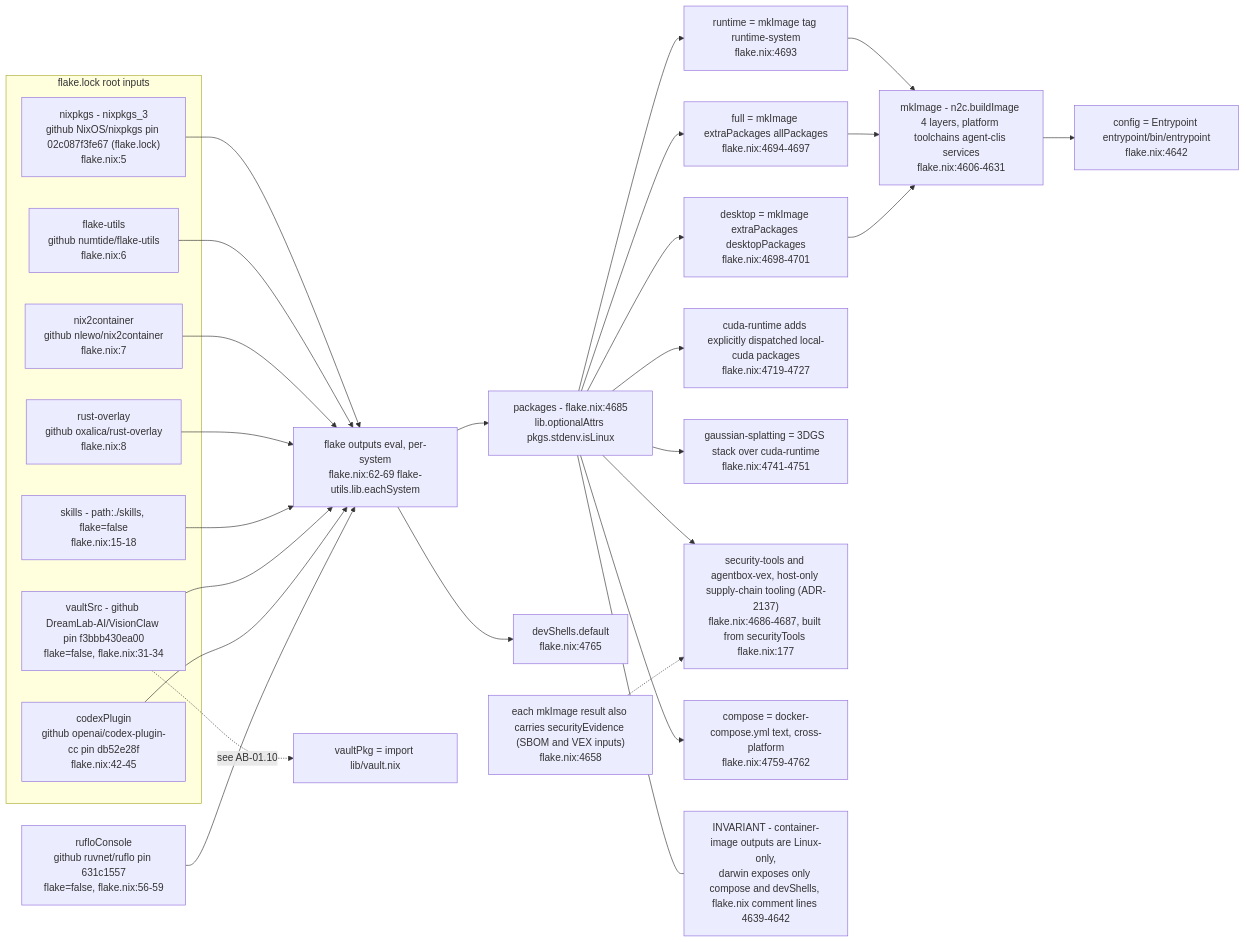
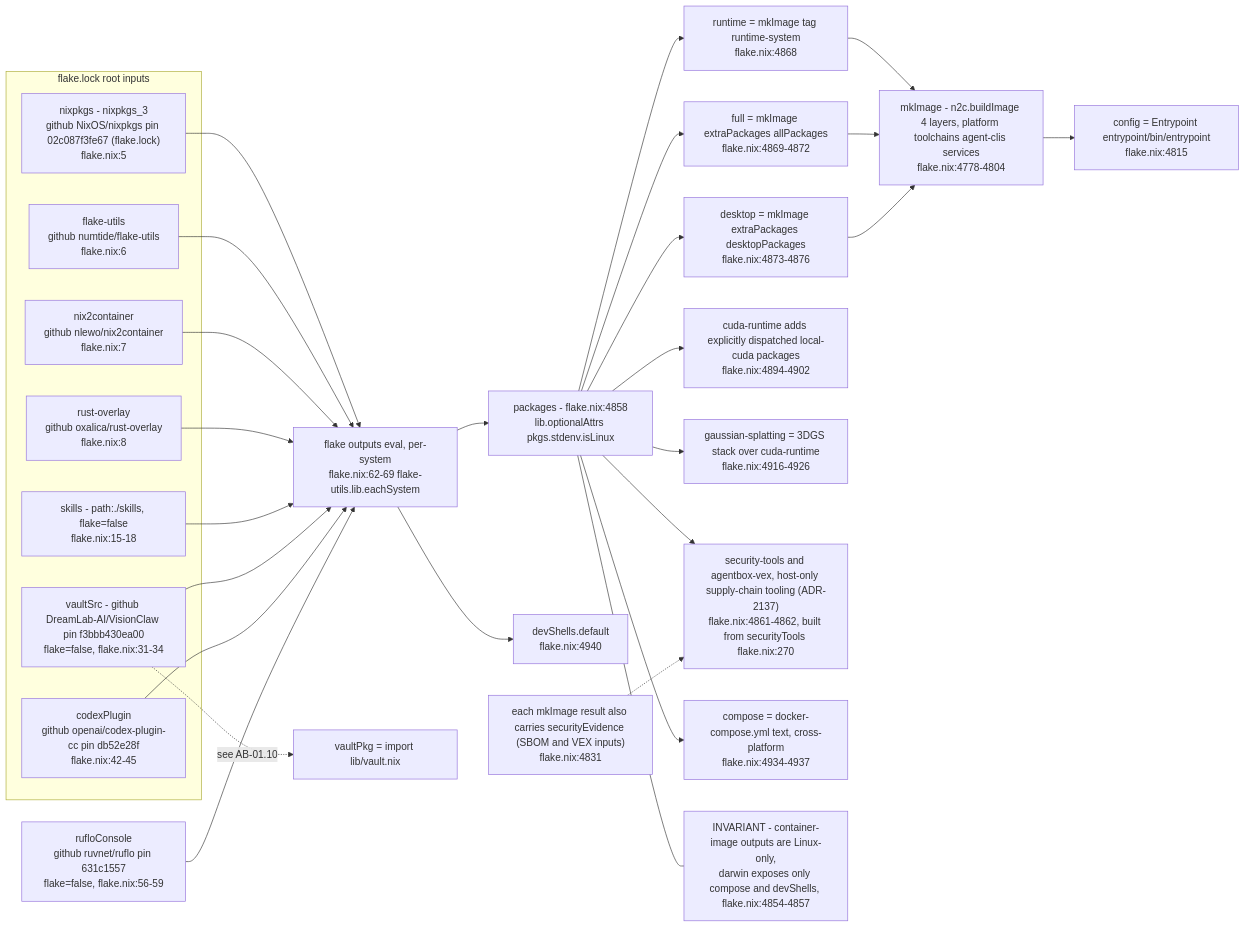
Before and after one commit to DreamLab-AI/VisionFlow: the eighth of 10 diagrams in docs/diagrams/agentbox/01-nix-flake-composition.md, drawn with Mermaid. The commit also changed other lines of this file and 7 other files, not shown here.

````diff
--- a/docs/diagrams/agentbox/01-nix-flake-composition.md
+++ b/docs/diagrams/agentbox/01-nix-flake-composition.md
@@ -388,44 +386,44 @@
 ```mermaid
 flowchart LR
     subgraph INPUTS["flake.lock root inputs"]
         NIXPKGS["nixpkgs - nixpkgs_3<br/>github NixOS/nixpkgs pin 02c087f3fe67 (flake.lock)<br/>flake.nix:5"]
         FU["flake-utils<br/>github numtide/flake-utils<br/>flake.nix:6"]
         N2C["nix2container<br/>github nlewo/nix2container<br/>flake.nix:7"]
         RO["rust-overlay<br/>github oxalica/rust-overlay<br/>flake.nix:8"]
         SKILLS["skills - path:./skills, flake=false<br/>flake.nix:15-18"]
         VAULTSRC["vaultSrc - github DreamLab-AI/VisionClaw pin f3bbb430ea00<br/>flake=false, flake.nix:31-34"]
         CODEX["codexPlugin<br/>github openai/codex-plugin-cc pin db52e28f<br/>flake.nix:42-45"]
     end
 
     NIXPKGS --> EVAL["flake outputs eval, per-system<br/>flake.nix:62-69 flake-utils.lib.eachSystem"]
     FU --> EVAL
     N2C --> EVAL
     RO --> EVAL
     SKILLS --> EVAL
     VAULTSRC --> EVAL
     CODEX --> EVAL
     RUFLO["rufloConsole<br/>github ruvnet/ruflo pin 631c1557<br/>flake=false, flake.nix:56-59"]
     RUFLO --> EVAL
 
-    EVAL --> PACKAGES["packages - flake.nix:4685<br/>lib.optionalAttrs pkgs.stdenv.isLinux"]
-    EVAL --> DEVSHELL["devShells.default<br/>flake.nix:4765"]
+    EVAL --> PACKAGES["packages - flake.nix:4858<br/>lib.optionalAttrs pkgs.stdenv.isLinux"]
+    EVAL --> DEVSHELL["devShells.default<br/>flake.nix:4940"]
 
-    PACKAGES --> RUNTIME["runtime = mkImage tag runtime-system<br/>flake.nix:4693"]
-    PACKAGES --> FULL["full = mkImage extraPackages allPackages<br/>flake.nix:4694-4697"]
-    PACKAGES --> DESKTOP["desktop = mkImage extraPackages desktopPackages<br/>flake.nix:4698-4701"]
-    PACKAGES --> CUDART["cuda-runtime adds explicitly dispatched local-cuda packages<br/>flake.nix:4719-4727"]
-    PACKAGES --> GSPLAT["gaussian-splatting = 3DGS stack over cuda-runtime<br/>flake.nix:4741-4751"]
-    PACKAGES --> SECTOOLS["security-tools and agentbox-vex, host-only supply-chain tooling (ADR-2137)<br/>flake.nix:4686-4687, built from securityTools flake.nix:177"]
-    MKIMG2["each mkImage result also carries securityEvidence (SBOM and VEX inputs)<br/>flake.nix:4658"] -.-> SECTOOLS
-    PACKAGES --> COMPOSE["compose = docker-compose.yml text, cross-platform<br/>flake.nix:4759-4762"]
+    PACKAGES --> RUNTIME["runtime = mkImage tag runtime-system<br/>flake.nix:4868"]
+    PACKAGES --> FULL["full = mkImage extraPackages allPackages<br/>flake.nix:4869-4872"]
+    PACKAGES --> DESKTOP["desktop = mkImage extraPackages desktopPackages<br/>flake.nix:4873-4876"]
+    PACKAGES --> CUDART["cuda-runtime adds explicitly dispatched local-cuda packages<br/>flake.nix:4894-4902"]
+    PACKAGES --> GSPLAT["gaussian-splatting = 3DGS stack over cuda-runtime<br/>flake.nix:4916-4926"]
+    PACKAGES --> SECTOOLS["security-tools and agentbox-vex, host-only supply-chain tooling (ADR-2137)<br/>flake.nix:4861-4862, built from securityTools flake.nix:270"]
+    MKIMG2["each mkImage result also carries securityEvidence (SBOM and VEX inputs)<br/>flake.nix:4831"] -.-> SECTOOLS
+    PACKAGES --> COMPOSE["compose = docker-compose.yml text, cross-platform<br/>flake.nix:4934-4937"]
 
-    RUNTIME --> MKIMG["mkImage - n2c.buildImage 4 layers, platform toolchains agent-clis services<br/>flake.nix:4606-4631"]
+    RUNTIME --> MKIMG["mkImage - n2c.buildImage 4 layers, platform toolchains agent-clis services<br/>flake.nix:4778-4804"]
     FULL --> MKIMG
     DESKTOP --> MKIMG
 
-    MKIMG --> ENTRYPOINT["config = Entrypoint entrypoint/bin/entrypoint<br/>flake.nix:4642"]
+    MKIMG --> ENTRYPOINT["config = Entrypoint entrypoint/bin/entrypoint<br/>flake.nix:4815"]
     VAULTSRC -.->|"see AB-01.10"| VAULTPKG["vaultPkg = import lib/vault.nix"]
 
-    NOTE1["INVARIANT - container-image outputs are Linux-only,<br/>darwin exposes only compose and devShells, flake.nix comment lines 4639-4642"]
+    NOTE1["INVARIANT - container-image outputs are Linux-only,<br/>darwin exposes only compose and devShells, flake.nix:4854-4857"]
     PACKAGES --- NOTE1
 ```
````
